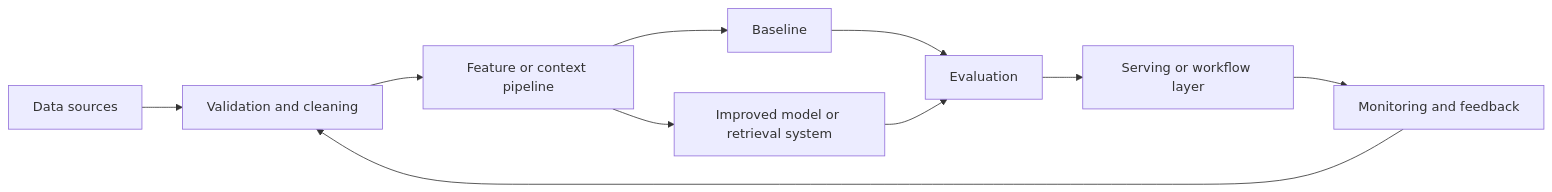
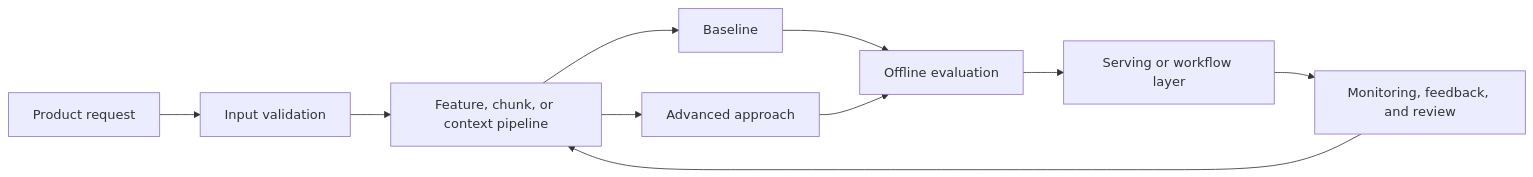
Before and after one commit to Icon1cc/Machine-Learning: the diagram in case-studies/01-spam-classifier.md, drawn with Mermaid. The commit also changed other lines of this file and 231 other files, not shown here.

````diff
--- a/case-studies/01-spam-classifier.md
+++ b/case-studies/01-spam-classifier.md
@@ -40,12 +48,12 @@
 ```mermaid
 flowchart LR
-    A[Data sources] --> B[Validation and cleaning]
-    B --> C[Feature or context pipeline]
+    A[Product request] --> B[Input validation]
+    B --> C[Feature, chunk, or context pipeline]
     C --> D[Baseline]
-    C --> E[Improved model or retrieval system]
-    D --> F[Evaluation]
+    C --> E[Advanced approach]
+    D --> F[Offline evaluation]
     E --> F
     F --> G[Serving or workflow layer]
-    G --> H[Monitoring and feedback]
-    H --> B
+    G --> H[Monitoring, feedback, and review]
+    H --> C
 ```
````
